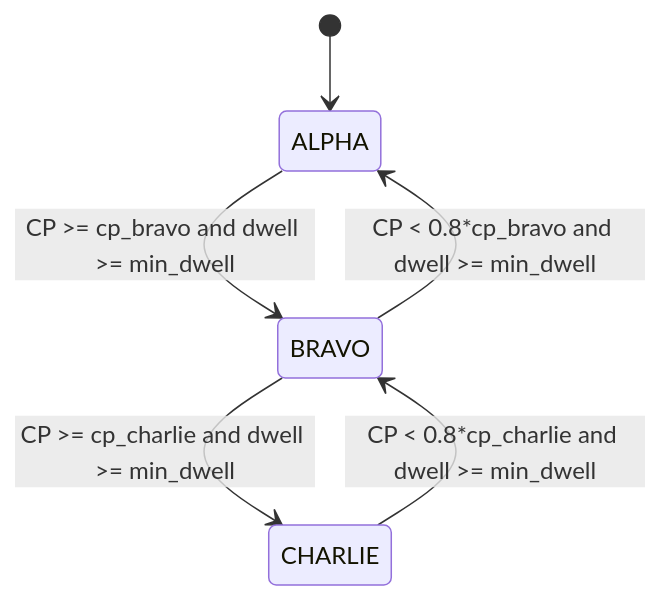
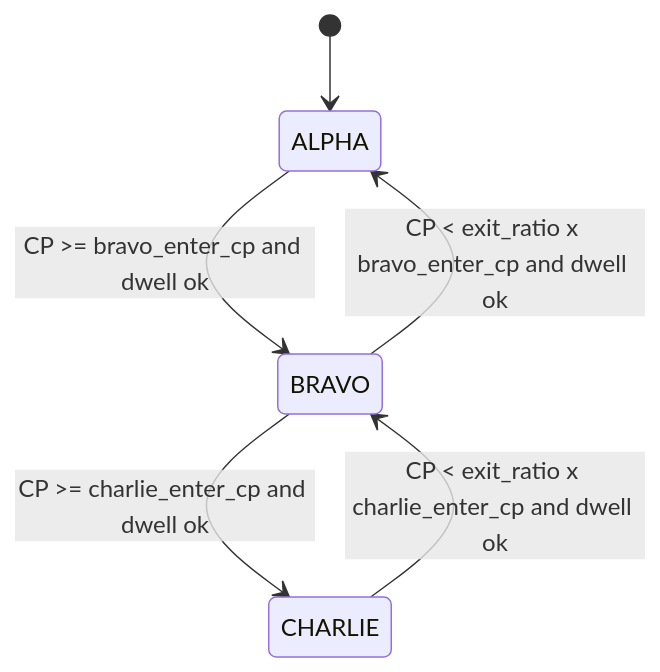
Before and after one commit to canthony224/operation-nexus: the sixth of 20 diagrams in docs/specs/STATE-MACHINES-AND-FLOWS.md, drawn with Mermaid. The commit also changed other lines of this file and 9 other files, not shown here.

````diff
--- a/docs/specs/STATE-MACHINES-AND-FLOWS.md
+++ b/docs/specs/STATE-MACHINES-AND-FLOWS.md
@@ -211,8 +220,8 @@
 ```mermaid
 stateDiagram-v2
     [*] --> ALPHA
-    ALPHA --> BRAVO: CP >= cp_bravo and dwell >= min_dwell
-    BRAVO --> ALPHA: CP < 0.8*cp_bravo and dwell >= min_dwell
-    BRAVO --> CHARLIE: CP >= cp_charlie and dwell >= min_dwell
-    CHARLIE --> BRAVO: CP < 0.8*cp_charlie and dwell >= min_dwell
+    ALPHA --> BRAVO: CP >= bravo_enter_cp and dwell ok
+    BRAVO --> ALPHA: CP < exit_ratio x bravo_enter_cp and dwell ok
+    BRAVO --> CHARLIE: CP >= charlie_enter_cp and dwell ok
+    CHARLIE --> BRAVO: CP < exit_ratio x charlie_enter_cp and dwell ok
 ```
````
